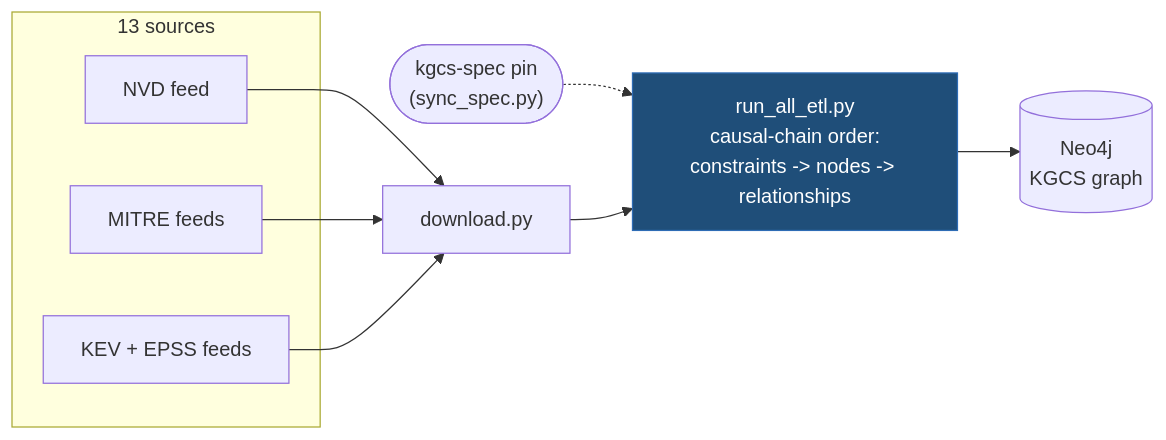
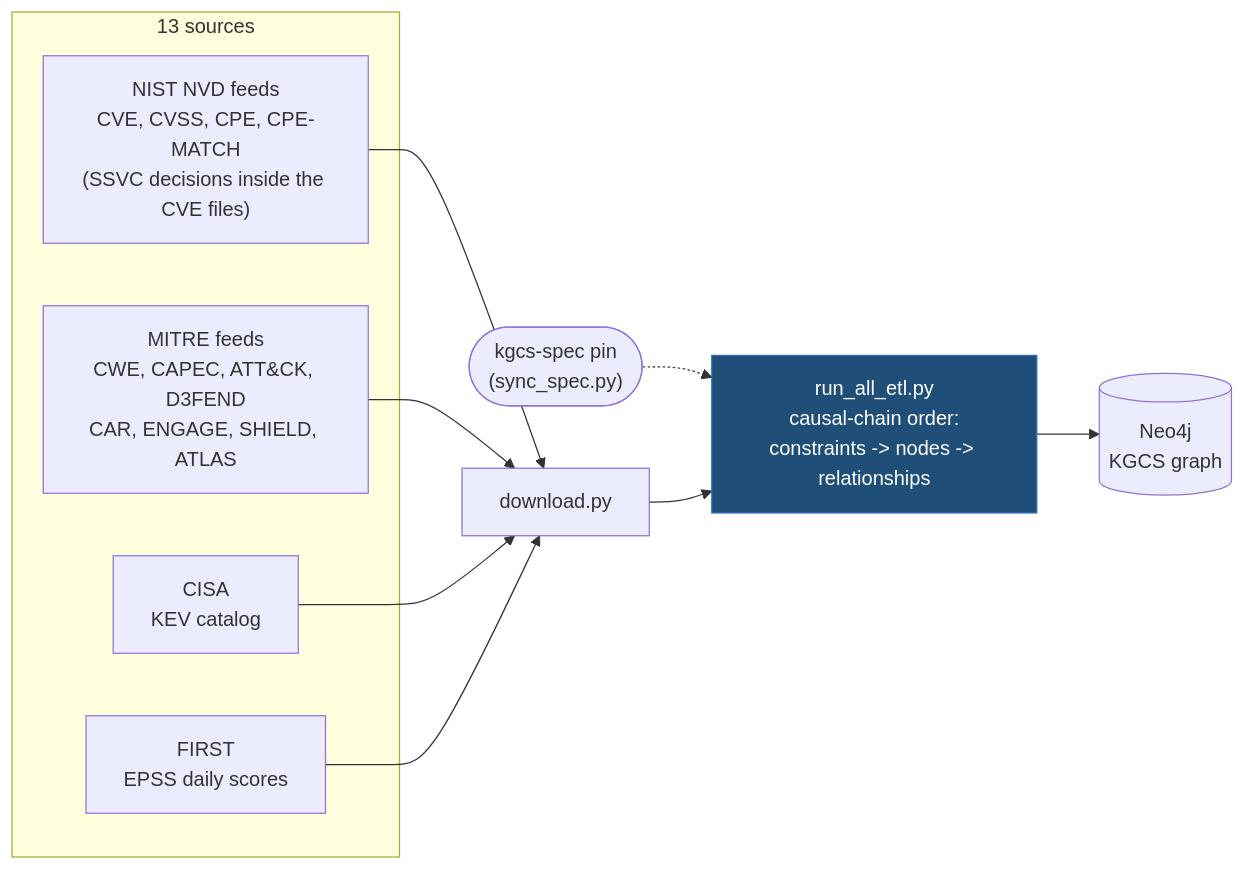
Before and after one commit to Ariadna-KGCS/kgcs-pipeline: the diagram in README.md, drawn with Mermaid. The commit also changed other lines of this file and 6 other files, not shown here.

````diff
--- a/README.md
+++ b/README.md
@@ -7,17 +7,19 @@
 ```mermaid
 flowchart LR
     subgraph Sources["13 sources"]
-        NVD["NVD feed"]
-        MITRE["MITRE feeds"]
-        DEC["KEV + EPSS feeds"]
+        NVD["NIST NVD feeds\nCVE, CVSS, CPE, CPE-MATCH\n(SSVC decisions inside the CVE files)"]
+        MITRE["MITRE feeds\nCWE, CAPEC, ATT&CK, D3FEND\nCAR, ENGAGE, SHIELD, ATLAS"]
+        CISA["CISA\nKEV catalog"]
+        FIRST["FIRST\nEPSS daily scores"]
     end
     SPEC(["kgcs-spec pin\n(sync_spec.py)"]) -.-> ETL
     NVD --> DL["download.py"]
     MITRE --> DL
-    DEC --> DL
+    CISA --> DL
+    FIRST --> DL
     DL --> ETL["run_all_etl.py\ncausal-chain order:\nconstraints -> nodes -> relationships"]
     ETL --> NEO[("Neo4j\nKGCS graph")]
 
     classDef accent fill:#1F4E79,color:#fff,stroke:#2E6CB5;
     class ETL accent;
 ```
````
